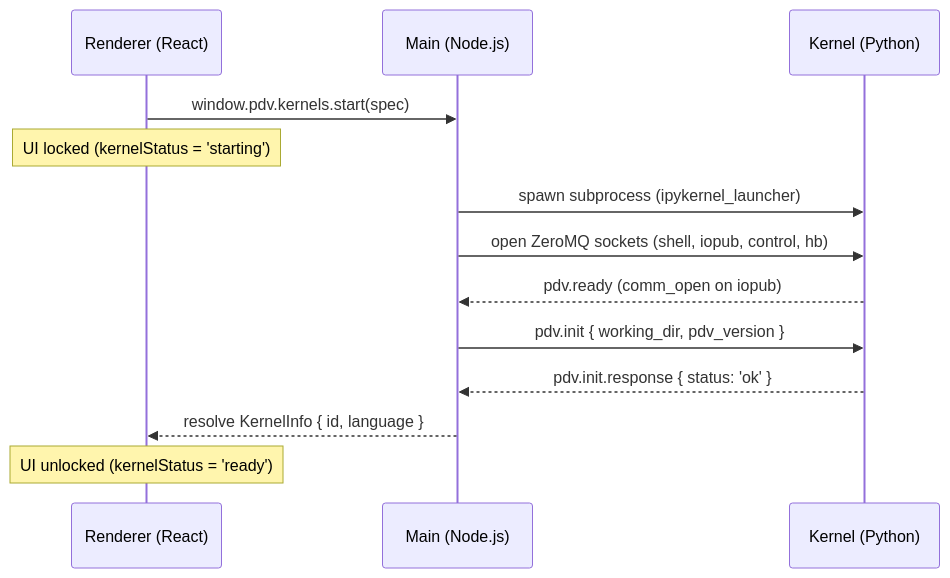
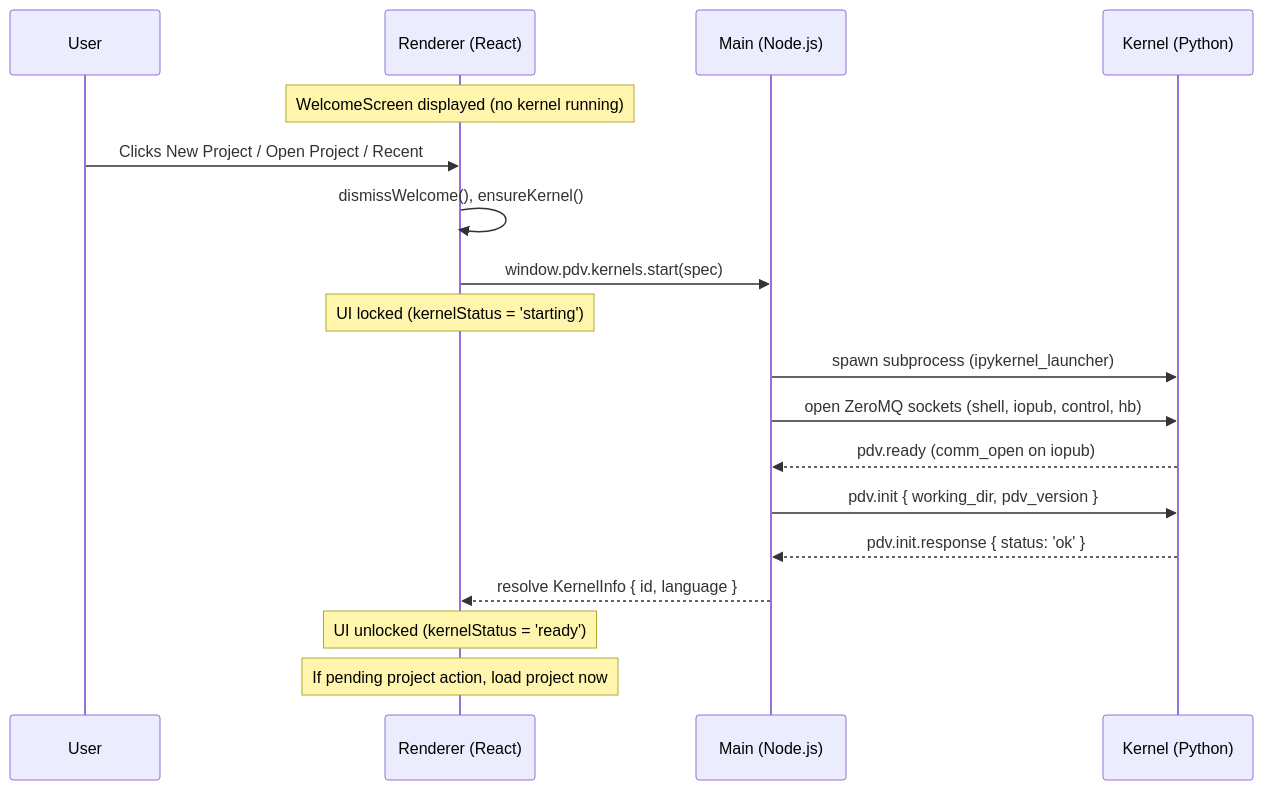
Before and after one commit to matt-pharr/physics-data-viewer: the first of 4 diagrams in ARCHITECTURE.md, drawn with Mermaid. The commit also changed other lines of this file and 6 other files, not shown here.

Commit message:
feat: enhance welcome screen and startup behavior, deferring kernel start until user action

````diff
--- a/ARCHITECTURE.md
+++ b/ARCHITECTURE.md
@@ -306,19 +314,25 @@
 ```mermaid
 sequenceDiagram
+    participant U as User
     participant R as Renderer (React)
     participant M as Main (Node.js)
     participant K as Kernel (Python)
+
+    Note over R: WelcomeScreen displayed (no kernel running)
+    U->>R: Clicks New Project / Open Project / Recent
+    R->>R: dismissWelcome(), ensureKernel()
 
     R->>M: window.pdv.kernels.start(spec)
     Note over R: UI locked (kernelStatus = 'starting')
 
     M->>K: spawn subprocess (ipykernel_launcher)
     M->>K: open ZeroMQ sockets (shell, iopub, control, hb)
 
     K-->>M: pdv.ready (comm_open on iopub)
     M->>K: pdv.init { working_dir, pdv_version }
     K-->>M: pdv.init.response { status: 'ok' }
 
     M-->>R: resolve KernelInfo { id, language }
     Note over R: UI unlocked (kernelStatus = 'ready')
+    Note over R: If pending project action, load project now
 ```
````
